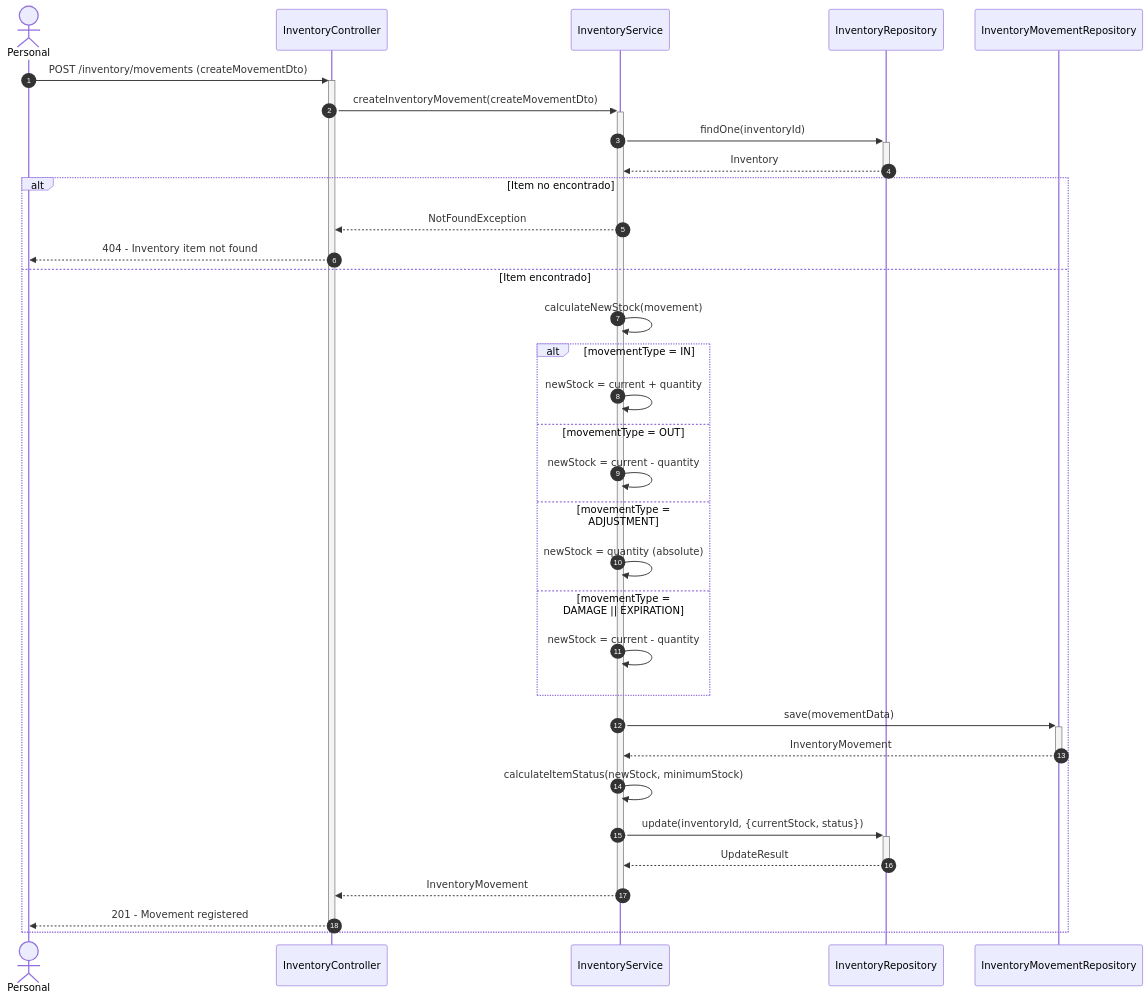
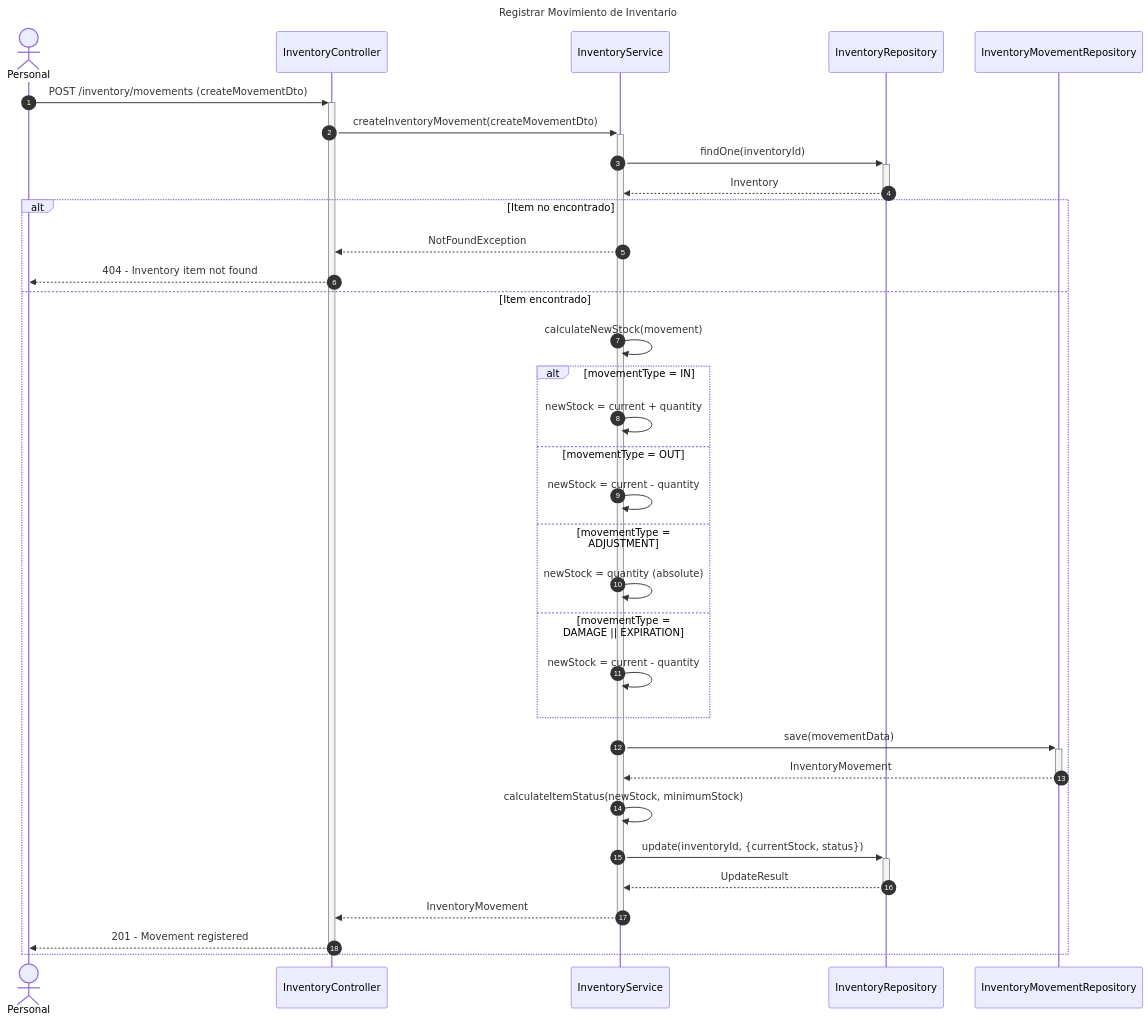
Before and after one commit to Nick220505/hotelier-backend: the third of 8 diagrams in diagrams/sequence/inventory-sequence-diagram.md, drawn with Mermaid. The commit also changed other lines of this file and 5 other files, not shown here.

Commit message:
Add titles to sequence diagrams for Billing, Employees, Inventory, Reservations, Restaurant, and Users modules

````diff
--- a/diagrams/sequence/inventory-sequence-diagram.md
+++ b/diagrams/sequence/inventory-sequence-diagram.md
@@ -92,43 +98,46 @@
 ```mermaid
+---
+title: Registrar Movimiento de Inventario
+---
 sequenceDiagram
     autonumber
     actor Personal
     participant Controller as InventoryController
     participant Service as InventoryService
     participant InventoryRepo as InventoryRepository
     participant MovementRepo as InventoryMovementRepository
 
     Personal->>+Controller: POST /inventory/movements (createMovementDto)
     Controller->>+Service: createInventoryMovement(createMovementDto)
     
     Service->>+InventoryRepo: findOne(inventoryId)
     InventoryRepo-->>-Service: Inventory
     
     alt Item no encontrado
         Service-->>Controller: NotFoundException
         Controller-->>Personal: 404 - Inventory item not found
     else Item encontrado
         Service->>Service: calculateNewStock(movement)
         
         alt movementType = IN
             Service->>Service: newStock = current + quantity
         else movementType = OUT
             Service->>Service: newStock = current - quantity
         else movementType = ADJUSTMENT
             Service->>Service: newStock = quantity (absolute)
         else movementType = DAMAGE || EXPIRATION
             Service->>Service: newStock = current - quantity
         end
         
         Service->>+MovementRepo: save(movementData)
         MovementRepo-->>-Service: InventoryMovement
         
         Service->>Service: calculateItemStatus(newStock, minimumStock)
         
         Service->>+InventoryRepo: update(inventoryId, {currentStock, status})
         InventoryRepo-->>-Service: UpdateResult
         
         Service-->>-Controller: InventoryMovement
         Controller-->>-Personal: 201 - Movement registered
     end
 ```
````
